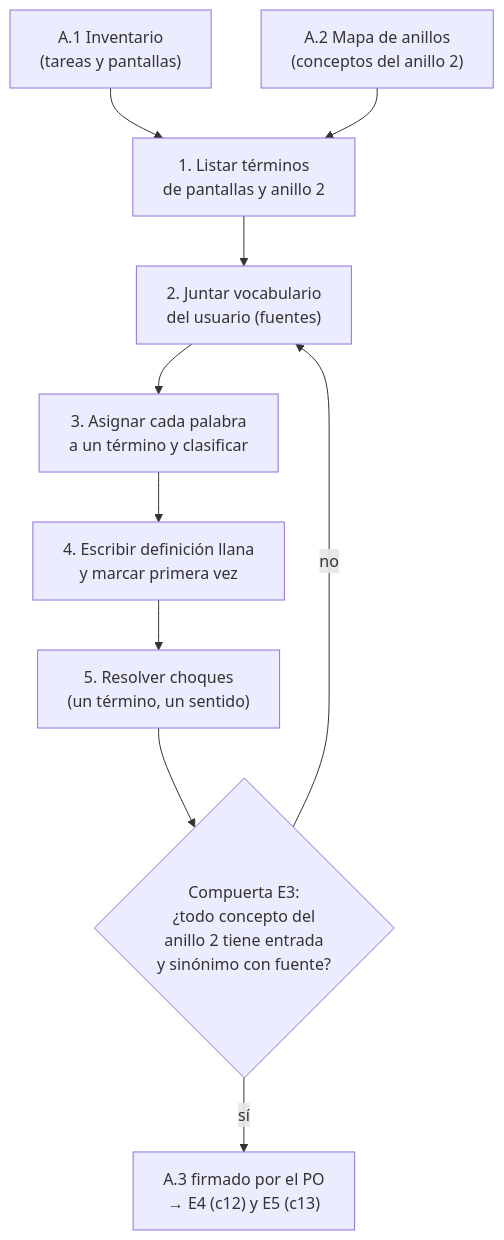
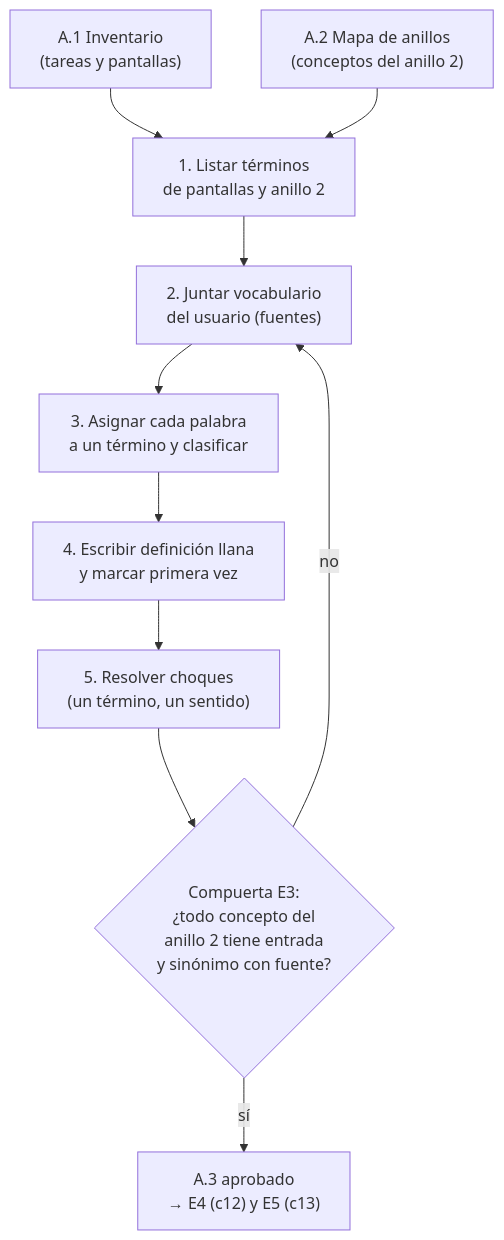
Before and after one commit to hdcm-dev/Lab-Documentos: diagram 15 of 25 in Guides/IA/Dot-Net-Integration-AI-Layer-Guide/Conversational-Design-Framework-Guide.md, drawn with Mermaid. The commit also changed other lines of this file and 1 other file, not shown here.

````diff
--- a/Guides/IA/Dot-Net-Integration-AI-Layer-Guide/Conversational-Design-Framework-Guide.md
+++ b/Guides/IA/Dot-Net-Integration-AI-Layer-Guide/Conversational-Design-Framework-Guide.md
@@ -1976,12 +2041,12 @@
 ```mermaid
 flowchart TD
     A1["A.1 Inventario<br/>(tareas y pantallas)"] --> P1
     A2["A.2 Mapa de anillos<br/>(conceptos del anillo 2)"] --> P1
     P1["1. Listar términos<br/>de pantallas y anillo 2"] --> P2["2. Juntar vocabulario<br/>del usuario (fuentes)"]
     P2 --> P3["3. Asignar cada palabra<br/>a un término y clasificar"]
     P3 --> P4["4. Escribir definición llana<br/>y marcar primera vez"]
     P4 --> P5["5. Resolver choques<br/>(un término, un sentido)"]
     P5 --> G{"Compuerta E3:<br/>¿todo concepto del<br/>anillo 2 tiene entrada<br/>y sinónimo con fuente?"}
     G -- "no" --> P2
-    G -- "sí" --> A3["A.3 firmado por el PO<br/>→ E4 (c12) y E5 (c13)"]
+    G -- "sí" --> A3["A.3 aprobado<br/>→ E4 (c12) y E5 (c13)"]
 ```
````
